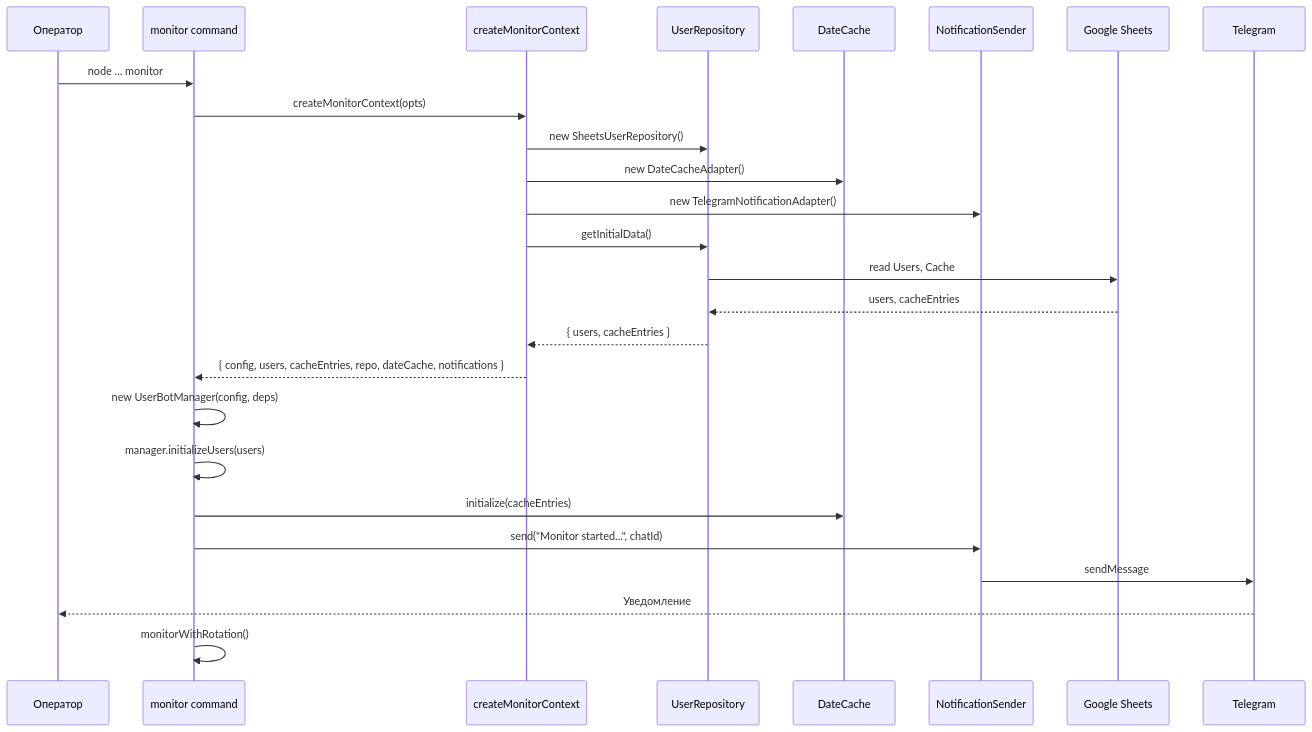
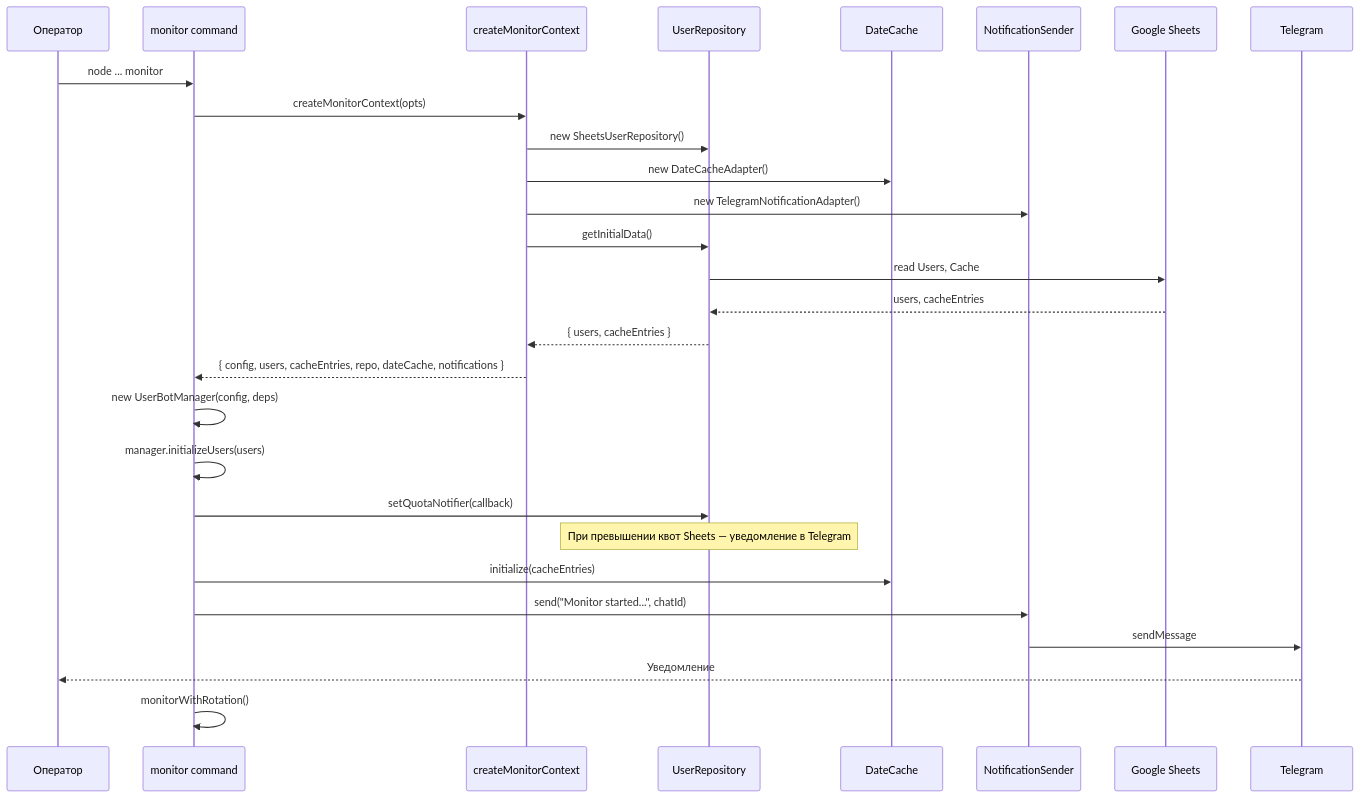
One commit to galtsev18/visa_bot changed the sixth of 8 diagrams in docs/DIAGRAMS.md. Above: the diagram before and after it, drawn with Mermaid. The commit also changed other lines of this file and 34 other files, not shown here.

````diff
--- a/docs/DIAGRAMS.md
+++ b/docs/DIAGRAMS.md
@@ -206,30 +208,32 @@
 ```mermaid
 sequenceDiagram
     participant Op as Оператор
     participant CLI as monitor command
     participant Comp as createMonitorContext
     participant Repo as UserRepository
     participant Cache as DateCache
     participant Notif as NotificationSender
     participant Sheets as Google Sheets
     participant TG as Telegram
 
     Op->>CLI: node ... monitor
     CLI->>Comp: createMonitorContext(opts)
     Comp->>Repo: new SheetsUserRepository()
     Comp->>Cache: new DateCacheAdapter()
     Comp->>Notif: new TelegramNotificationAdapter()
     Comp->>Repo: getInitialData()
     Repo->>Sheets: read Users, Cache
     Sheets-->>Repo: users, cacheEntries
     Repo-->>Comp: { users, cacheEntries }
     Comp-->>CLI: { config, users, cacheEntries, repo, dateCache, notifications }
 
     CLI->>CLI: new UserBotManager(config, deps)
     CLI->>CLI: manager.initializeUsers(users)
+    CLI->>Repo: setQuotaNotifier(callback)
+    Note over Repo: При превышении квот Sheets — уведомление в Telegram
     CLI->>Cache: initialize(cacheEntries)
     CLI->>Notif: send("Monitor started...", chatId)
     Notif->>TG: sendMessage
     TG-->>Op: Уведомление
     CLI->>CLI: monitorWithRotation()
 ```
````
